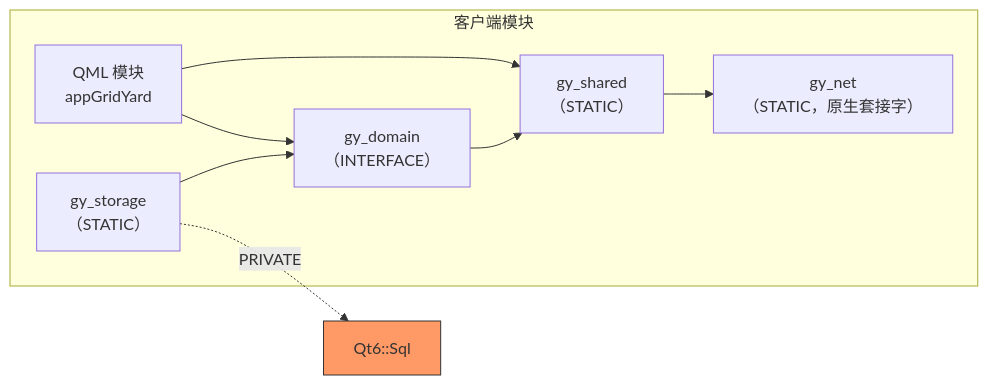
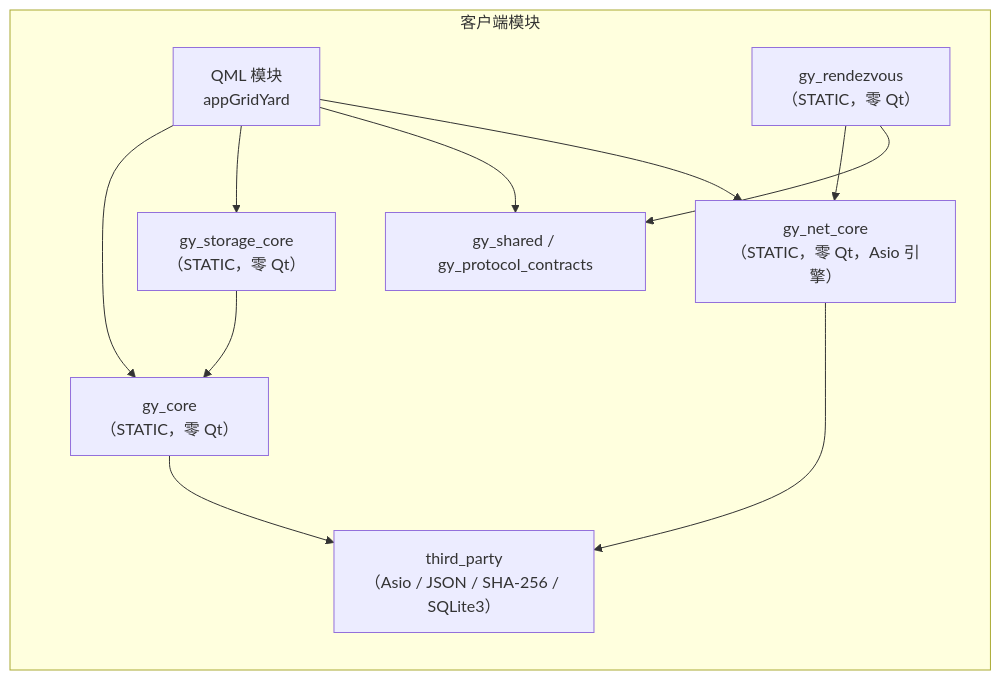
Before and after one commit to Gsheep0729/GridYard: the second of 9 diagrams in README.md, drawn with Mermaid. The commit also changed other lines of this file and 1 other file, not shown here.

Commit message:
网络层文档定稿到 Asio 引擎终态并修正 README 历史旧表述（Phase7-A4-3，v8.2.0）
架构说明的网络层段改写为终态口径：Boost.Asio 位于 NetReactor 门面之下，命令先于派发、注销屏障、定时任务先摘除再执行、waitFor* 改异步就绪等待与对象身份结构性代际逐项保持；补三条迁移纪律（close/cancel 投递串行化、禁用 import std、vendor 闭包多配置并集）并引用 A3 性能基线数字，基准树标签按实际构建点口径表述。文档版本与适用版本同步 8.2.0。

README 技术栈与网络实现段改到终态：事件引擎为 Boost.Asio、套接字适配层仍为项目自有 POSIX 封装；模块依赖图替换掉已退役的 gy_domain/gy_storage/gy_net 与早已移除的 Qt6::Sql 表述，目录树同步去掉 UdpSocketCore、修正事件泵注释并补上 third_party/asio 条目。api-docs 无同口径网络栈段落，未改动。

````diff
--- a/README.md
+++ b/README.md
@@ -181,19 +181,22 @@
 ```mermaid
 graph LR
     subgraph 客户端模块
         QML["QML 模块<br/>appGridYard"]
-        DOM_LIB["gy_domain<br/>（INTERFACE）"]
-        STORAGE_LIB["gy_storage<br/>（STATIC）"]
-        SHARED_LIB["gy_shared<br/>（STATIC）"]
-        NET_LIB["gy_net<br/>（STATIC，原生套接字）"]
+        CORE_LIB["gy_core<br/>（STATIC，零 Qt）"]
+        STORAGE_LIB["gy_storage_core<br/>（STATIC，零 Qt）"]
+        SHARED_LIB["gy_shared / gy_protocol_contracts"]
+        NET_LIB["gy_net_core<br/>（STATIC，零 Qt，Asio 引擎）"]
+        RV_LIB["gy_rendezvous<br/>（STATIC，零 Qt）"]
+        THIRD["third_party<br/>（Asio / JSON / SHA-256 / SQLite3）"]
     end
 
-    QML --> DOM_LIB
+    QML --> CORE_LIB
+    QML --> STORAGE_LIB
     QML --> SHARED_LIB
-    STORAGE_LIB --> DOM_LIB
-    STORAGE_LIB -.->|"PRIVATE"| QTSQL["Qt6::Sql"]
-    DOM_LIB --> SHARED_LIB
-    SHARED_LIB --> NET_LIB
-
-    style QTSQL fill:#f96,stroke:#333
+    QML --> NET_LIB
+    STORAGE_LIB --> CORE_LIB
+    RV_LIB --> NET_LIB
+    RV_LIB --> SHARED_LIB
+    NET_LIB --> THIRD
+    CORE_LIB --> THIRD
 ```
````
